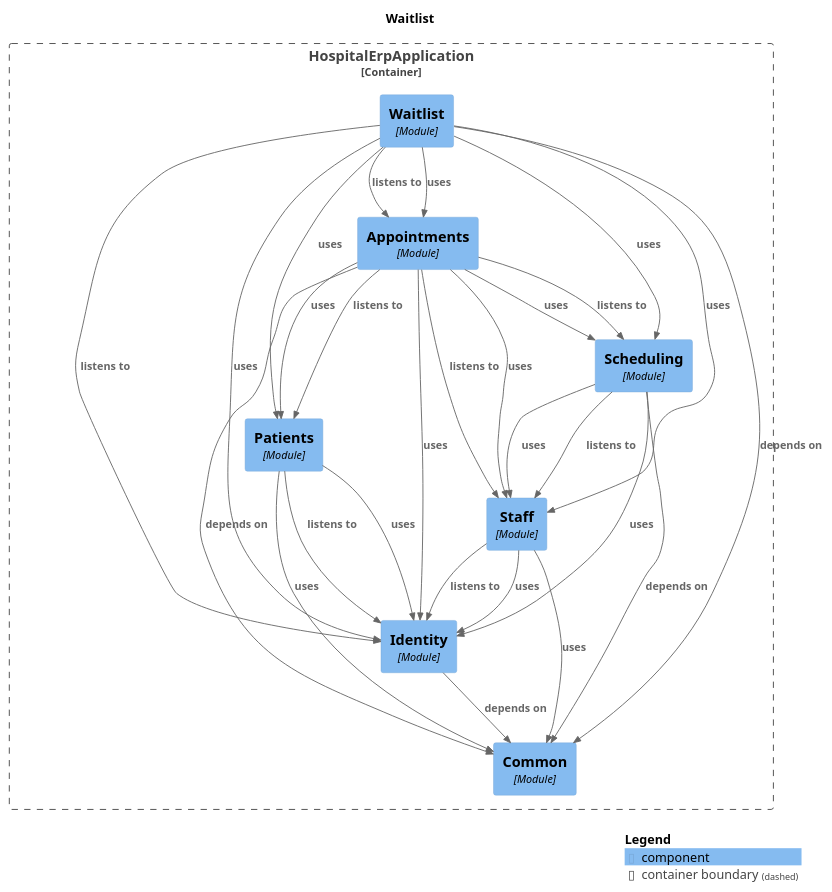
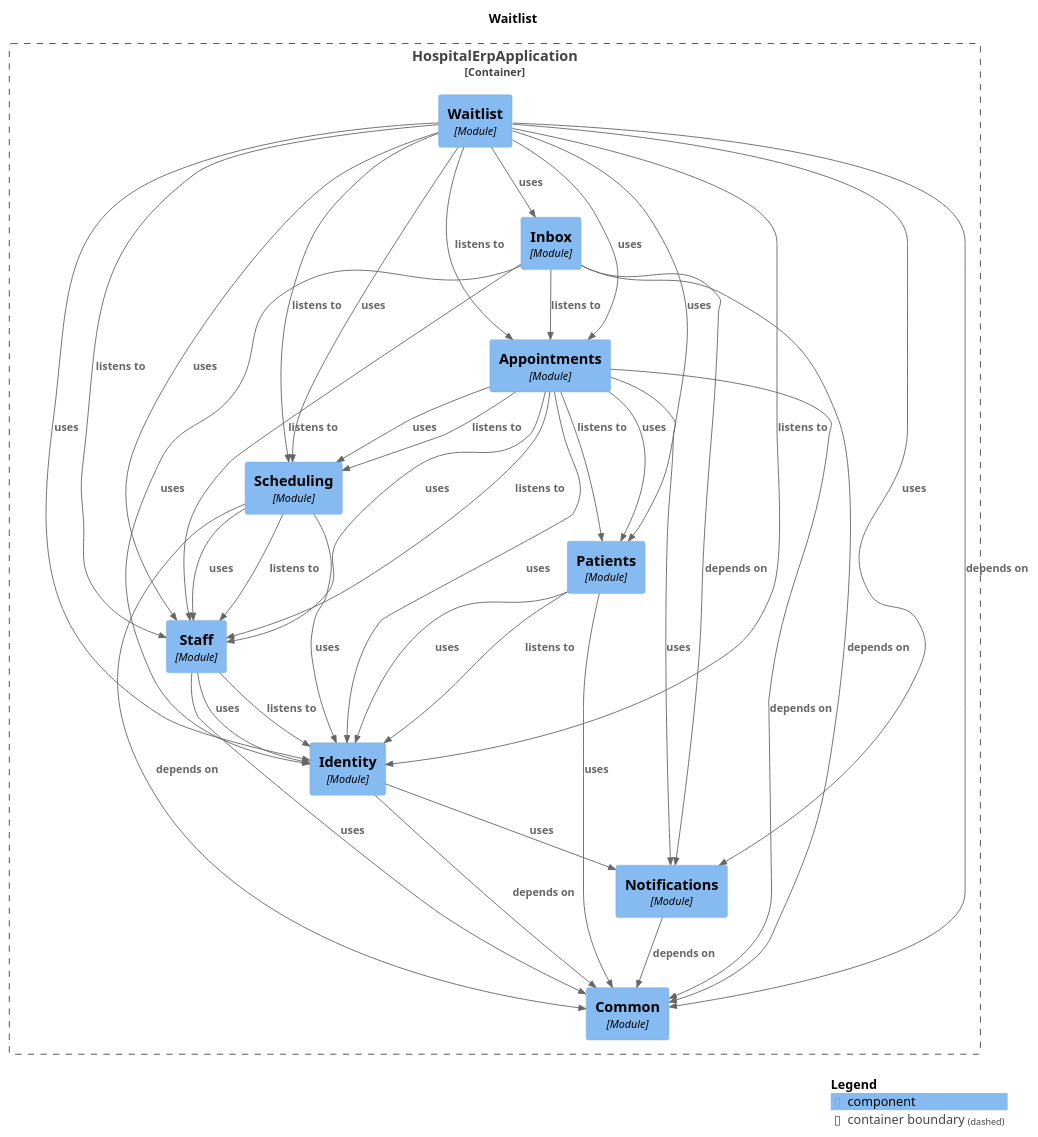
The diagram in docs/modules/module-waitlist.puml (harshsharma5720/HospitalERP), drawn with PlantUML before and after one commit. The commit also changed 31 other files, not shown here.

```diff
--- a/docs/modules/module-waitlist.puml
+++ b/docs/modules/module-waitlist.puml
@@ -1,50 +1,64 @@
 @startuml
 set separator none
 title Waitlist
 
 top to bottom direction
 
 !include <C4/C4>
 !include <C4/C4_Context>
 !include <C4/C4_Component>
 
 Container_Boundary("HospitalErpApplication.HospitalErpApplication_boundary", "HospitalErpApplication", $tags="") {
   Component(HospitalErpApplication.HospitalErpApplication.Appointments, "Appointments", $techn="Module", $descr="", $tags="", $link="")
+  Component(HospitalErpApplication.HospitalErpApplication.Inbox, "Inbox", $techn="Module", $descr="", $tags="", $link="")
   Component(HospitalErpApplication.HospitalErpApplication.Waitlist, "Waitlist", $techn="Module", $descr="", $tags="", $link="")
   Component(HospitalErpApplication.HospitalErpApplication.Common, "Common", $techn="Module", $descr="", $tags="", $link="")
+  Component(HospitalErpApplication.HospitalErpApplication.Notifications, "Notifications", $techn="Module", $descr="", $tags="", $link="")
   Component(HospitalErpApplication.HospitalErpApplication.Identity, "Identity", $techn="Module", $descr="", $tags="", $link="")
   Component(HospitalErpApplication.HospitalErpApplication.Staff, "Staff", $techn="Module", $descr="", $tags="", $link="")
   Component(HospitalErpApplication.HospitalErpApplication.Patients, "Patients", $techn="Module", $descr="", $tags="", $link="")
   Component(HospitalErpApplication.HospitalErpApplication.Scheduling, "Scheduling", $techn="Module", $descr="", $tags="", $link="")
 }
 
-Rel(HospitalErpApplication.HospitalErpApplication.Staff, HospitalErpApplication.HospitalErpApplication.Identity, "uses", $techn="", $tags="", $link="")
-Rel(HospitalErpApplication.HospitalErpApplication.Staff, HospitalErpApplication.HospitalErpApplication.Common, "uses", $techn="", $tags="", $link="")
-Rel(HospitalErpApplication.HospitalErpApplication.Scheduling, HospitalErpApplication.HospitalErpApplication.Staff, "listens to", $techn="", $tags="", $link="")
-Rel(HospitalErpApplication.HospitalErpApplication.Scheduling, HospitalErpApplication.HospitalErpApplication.Common, "depends on", $techn="", $tags="", $link="")
-Rel(HospitalErpApplication.HospitalErpApplication.Scheduling, HospitalErpApplication.HospitalErpApplication.Staff, "uses", $techn="", $tags="", $link="")
-Rel(HospitalErpApplication.HospitalErpApplication.Scheduling, HospitalErpApplication.HospitalErpApplication.Identity, "uses", $techn="", $tags="", $link="")
+Rel(HospitalErpApplication.HospitalErpApplication.Inbox, HospitalErpApplication.HospitalErpApplication.Common, "depends on", $techn="", $tags="", $link="")
+Rel(HospitalErpApplication.HospitalErpApplication.Inbox, HospitalErpApplication.HospitalErpApplication.Notifications, "depends on", $techn="", $tags="", $link="")
+Rel(HospitalErpApplication.HospitalErpApplication.Inbox, HospitalErpApplication.HospitalErpApplication.Identity, "uses", $techn="", $tags="", $link="")
+Rel(HospitalErpApplication.HospitalErpApplication.Identity, HospitalErpApplication.HospitalErpApplication.Common, "depends on", $techn="", $tags="", $link="")
+Rel(HospitalErpApplication.HospitalErpApplication.Identity, HospitalErpApplication.HospitalErpApplication.Notifications, "uses", $techn="", $tags="", $link="")
 Rel(HospitalErpApplication.HospitalErpApplication.Appointments, HospitalErpApplication.HospitalErpApplication.Staff, "listens to", $techn="", $tags="", $link="")
 Rel(HospitalErpApplication.HospitalErpApplication.Appointments, HospitalErpApplication.HospitalErpApplication.Patients, "listens to", $techn="", $tags="", $link="")
 Rel(HospitalErpApplication.HospitalErpApplication.Appointments, HospitalErpApplication.HospitalErpApplication.Scheduling, "listens to", $techn="", $tags="", $link="")
 Rel(HospitalErpApplication.HospitalErpApplication.Appointments, HospitalErpApplication.HospitalErpApplication.Common, "depends on", $techn="", $tags="", $link="")
 Rel(HospitalErpApplication.HospitalErpApplication.Appointments, HospitalErpApplication.HospitalErpApplication.Patients, "uses", $techn="", $tags="", $link="")
 Rel(HospitalErpApplication.HospitalErpApplication.Appointments, HospitalErpApplication.HospitalErpApplication.Staff, "uses", $techn="", $tags="", $link="")
 Rel(HospitalErpApplication.HospitalErpApplication.Appointments, HospitalErpApplication.HospitalErpApplication.Scheduling, "uses", $techn="", $tags="", $link="")
 Rel(HospitalErpApplication.HospitalErpApplication.Appointments, HospitalErpApplication.HospitalErpApplication.Identity, "uses", $techn="", $tags="", $link="")
+Rel(HospitalErpApplication.HospitalErpApplication.Appointments, HospitalErpApplication.HospitalErpApplication.Notifications, "uses", $techn="", $tags="", $link="")
+Rel(HospitalErpApplication.HospitalErpApplication.Staff, HospitalErpApplication.HospitalErpApplication.Identity, "listens to", $techn="", $tags="", $link="")
+Rel(HospitalErpApplication.HospitalErpApplication.Staff, HospitalErpApplication.HospitalErpApplication.Identity, "uses", $techn="", $tags="", $link="")
+Rel(HospitalErpApplication.HospitalErpApplication.Staff, HospitalErpApplication.HospitalErpApplication.Common, "uses", $techn="", $tags="", $link="")
+Rel(HospitalErpApplication.HospitalErpApplication.Notifications, HospitalErpApplication.HospitalErpApplication.Common, "depends on", $techn="", $tags="", $link="")
 Rel(HospitalErpApplication.HospitalErpApplication.Patients, HospitalErpApplication.HospitalErpApplication.Identity, "listens to", $techn="", $tags="", $link="")
 Rel(HospitalErpApplication.HospitalErpApplication.Patients, HospitalErpApplication.HospitalErpApplication.Identity, "uses", $techn="", $tags="", $link="")
 Rel(HospitalErpApplication.HospitalErpApplication.Patients, HospitalErpApplication.HospitalErpApplication.Common, "uses", $techn="", $tags="", $link="")
+Rel(HospitalErpApplication.HospitalErpApplication.Scheduling, HospitalErpApplication.HospitalErpApplication.Staff, "listens to", $techn="", $tags="", $link="")
+Rel(HospitalErpApplication.HospitalErpApplication.Scheduling, HospitalErpApplication.HospitalErpApplication.Common, "depends on", $techn="", $tags="", $link="")
+Rel(HospitalErpApplication.HospitalErpApplication.Scheduling, HospitalErpApplication.HospitalErpApplication.Staff, "uses", $techn="", $tags="", $link="")
+Rel(HospitalErpApplication.HospitalErpApplication.Scheduling, HospitalErpApplication.HospitalErpApplication.Identity, "uses", $techn="", $tags="", $link="")
 Rel(HospitalErpApplication.HospitalErpApplication.Waitlist, HospitalErpApplication.HospitalErpApplication.Appointments, "listens to", $techn="", $tags="", $link="")
 Rel(HospitalErpApplication.HospitalErpApplication.Waitlist, HospitalErpApplication.HospitalErpApplication.Identity, "listens to", $techn="", $tags="", $link="")
+Rel(HospitalErpApplication.HospitalErpApplication.Waitlist, HospitalErpApplication.HospitalErpApplication.Scheduling, "listens to", $techn="", $tags="", $link="")
+Rel(HospitalErpApplication.HospitalErpApplication.Waitlist, HospitalErpApplication.HospitalErpApplication.Staff, "listens to", $techn="", $tags="", $link="")
 Rel(HospitalErpApplication.HospitalErpApplication.Waitlist, HospitalErpApplication.HospitalErpApplication.Common, "depends on", $techn="", $tags="", $link="")
 Rel(HospitalErpApplication.HospitalErpApplication.Waitlist, HospitalErpApplication.HospitalErpApplication.Appointments, "uses", $techn="", $tags="", $link="")
+Rel(HospitalErpApplication.HospitalErpApplication.Waitlist, HospitalErpApplication.HospitalErpApplication.Inbox, "uses", $techn="", $tags="", $link="")
+Rel(HospitalErpApplication.HospitalErpApplication.Waitlist, HospitalErpApplication.HospitalErpApplication.Notifications, "uses", $techn="", $tags="", $link="")
 Rel(HospitalErpApplication.HospitalErpApplication.Waitlist, HospitalErpApplication.HospitalErpApplication.Patients, "uses", $techn="", $tags="", $link="")
 Rel(HospitalErpApplication.HospitalErpApplication.Waitlist, HospitalErpApplication.HospitalErpApplication.Staff, "uses", $techn="", $tags="", $link="")
 Rel(HospitalErpApplication.HospitalErpApplication.Waitlist, HospitalErpApplication.HospitalErpApplication.Scheduling, "uses", $techn="", $tags="", $link="")
 Rel(HospitalErpApplication.HospitalErpApplication.Waitlist, HospitalErpApplication.HospitalErpApplication.Identity, "uses", $techn="", $tags="", $link="")
-Rel(HospitalErpApplication.HospitalErpApplication.Identity, HospitalErpApplication.HospitalErpApplication.Common, "depends on", $techn="", $tags="", $link="")
-Rel(HospitalErpApplication.HospitalErpApplication.Staff, HospitalErpApplication.HospitalErpApplication.Identity, "listens to", $techn="", $tags="", $link="")
+Rel(HospitalErpApplication.HospitalErpApplication.Inbox, HospitalErpApplication.HospitalErpApplication.Staff, "listens to", $techn="", $tags="", $link="")
+Rel(HospitalErpApplication.HospitalErpApplication.Inbox, HospitalErpApplication.HospitalErpApplication.Appointments, "listens to", $techn="", $tags="", $link="")
 
 SHOW_LEGEND(true)
 @enduml
```
